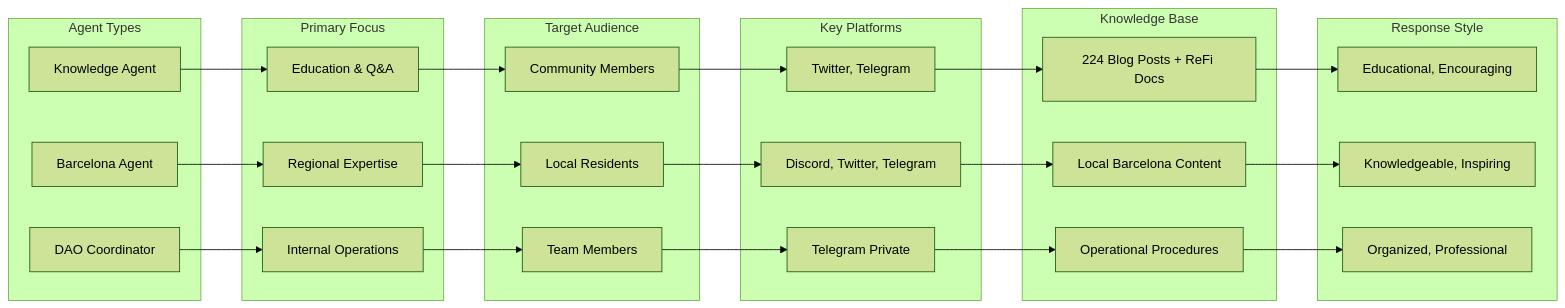
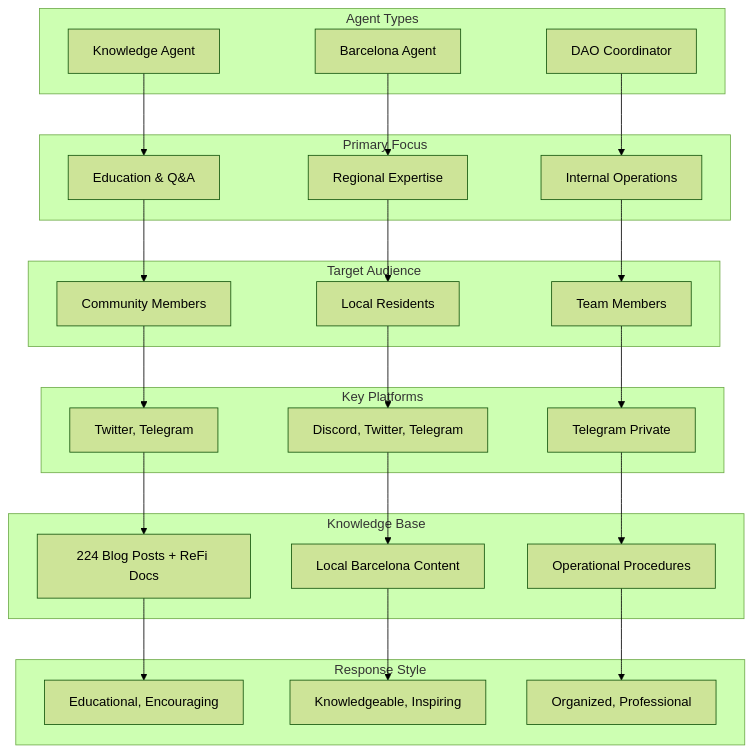
Before and after one commit to ReFiDAO/regen_eliza-refi_dao: the seventh of 9 diagrams in README.md, drawn with Mermaid (forest theme). The commit also changed other lines of this file, not shown here.

First line of the commit message:
docs: improve README diagram readability and cleanup content

````diff
--- a/README.md
+++ b/README.md
@@ -387,58 +676,58 @@
 ```mermaid
-graph LR
+graph TB
     subgraph "Agent Types"
         AT1[Knowledge Agent]
         AT2[Barcelona Agent]
         AT3[DAO Coordinator]
     end
     
     subgraph "Primary Focus"
         PF1[Education & Q&A]
         PF2[Regional Expertise]
         PF3[Internal Operations]
     end
     
     subgraph "Target Audience"
         TA1[Community Members]
         TA2[Local Residents]
         TA3[Team Members]
     end
     
     subgraph "Key Platforms"
         KP1[Twitter, Telegram]
         KP2[Discord, Twitter, Telegram]
         KP3[Telegram Private]
     end
     
     subgraph "Knowledge Base"
         KB1[224 Blog Posts + ReFi Docs]
         KB2[Local Barcelona Content]
         KB3[Operational Procedures]
     end
     
     subgraph "Response Style"
         RS1[Educational, Encouraging]
         RS2[Knowledgeable, Inspiring]
         RS3[Organized, Professional]
     end
     
     AT1 --> PF1
     AT2 --> PF2
     AT3 --> PF3
     
     PF1 --> TA1
     PF2 --> TA2
     PF3 --> TA3
     
     TA1 --> KP1
     TA2 --> KP2
     TA3 --> KP3
     
     KP1 --> KB1
     KP2 --> KB2
     KP3 --> KB3
     
     KB1 --> RS1
     KB2 --> RS2
     KB3 --> RS3
 ```
````
